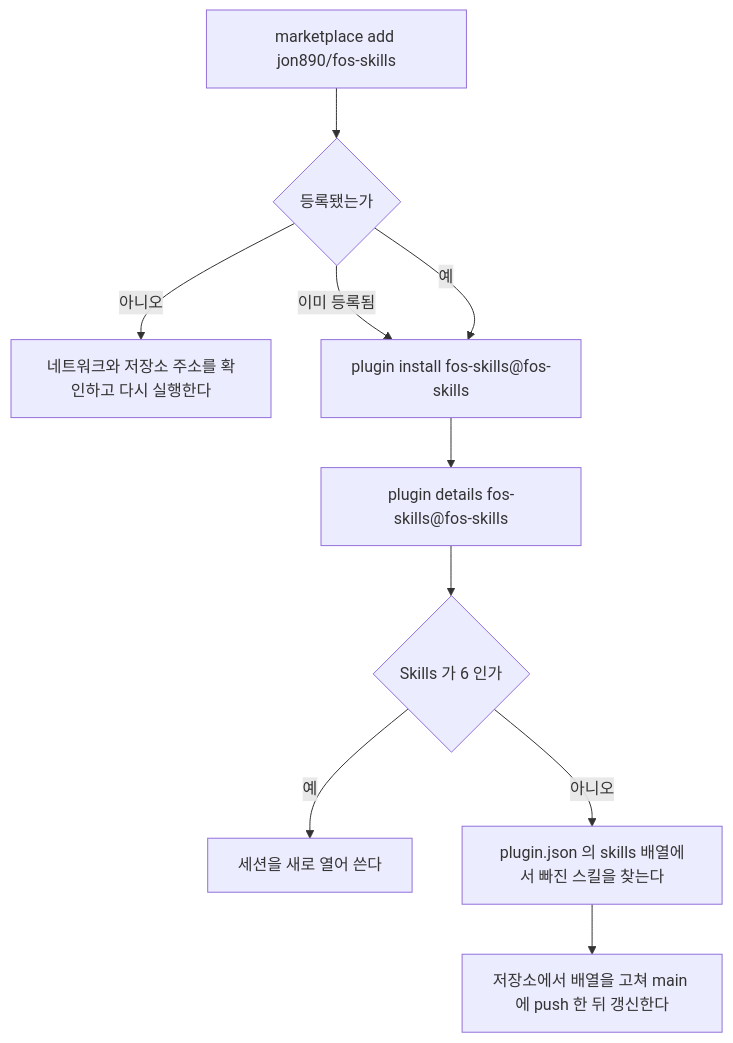
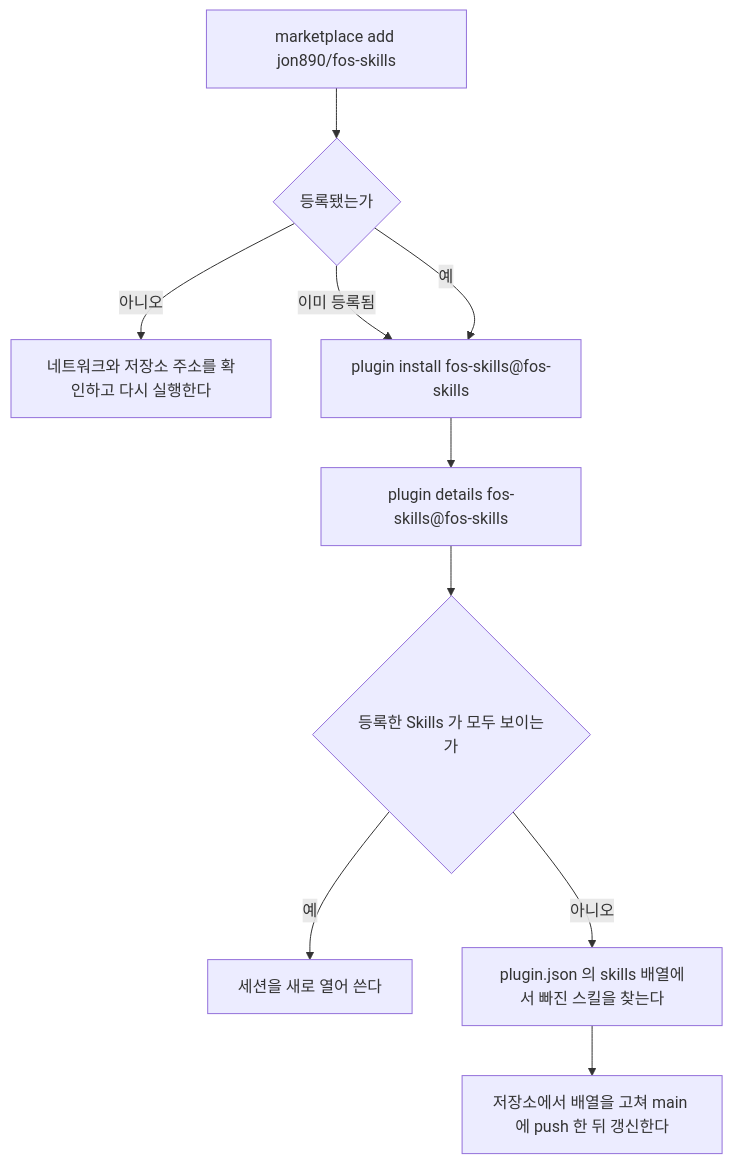
Before and after one commit to jon890/fos-skills: the first of 8 diagrams in docs/flow.md, drawn with Mermaid. The commit also changed other lines of this file and 38 other files, not shown here.

````diff
--- a/docs/flow.md
+++ b/docs/flow.md
@@ -21,12 +21,12 @@
 ```mermaid
 flowchart TD
     A[marketplace add jon890/fos-skills] --> B{등록됐는가}
     B -- 아니오 --> B1[네트워크와 저장소 주소를 확인하고 다시 실행한다]
     B -- 이미 등록됨 --> C
     B -- 예 --> C[plugin install fos-skills@fos-skills]
     C --> D[plugin details fos-skills@fos-skills]
-    D --> E{Skills 가 6 인가}
+    D --> E{등록한 Skills 가 모두 보이는가}
     E -- 예 --> F[세션을 새로 열어 쓴다]
     E -- 아니오 --> G[plugin.json 의 skills 배열에서 빠진 스킬을 찾는다]
     G --> H[저장소에서 배열을 고쳐 main 에 push 한 뒤 갱신한다]
 ```
````
